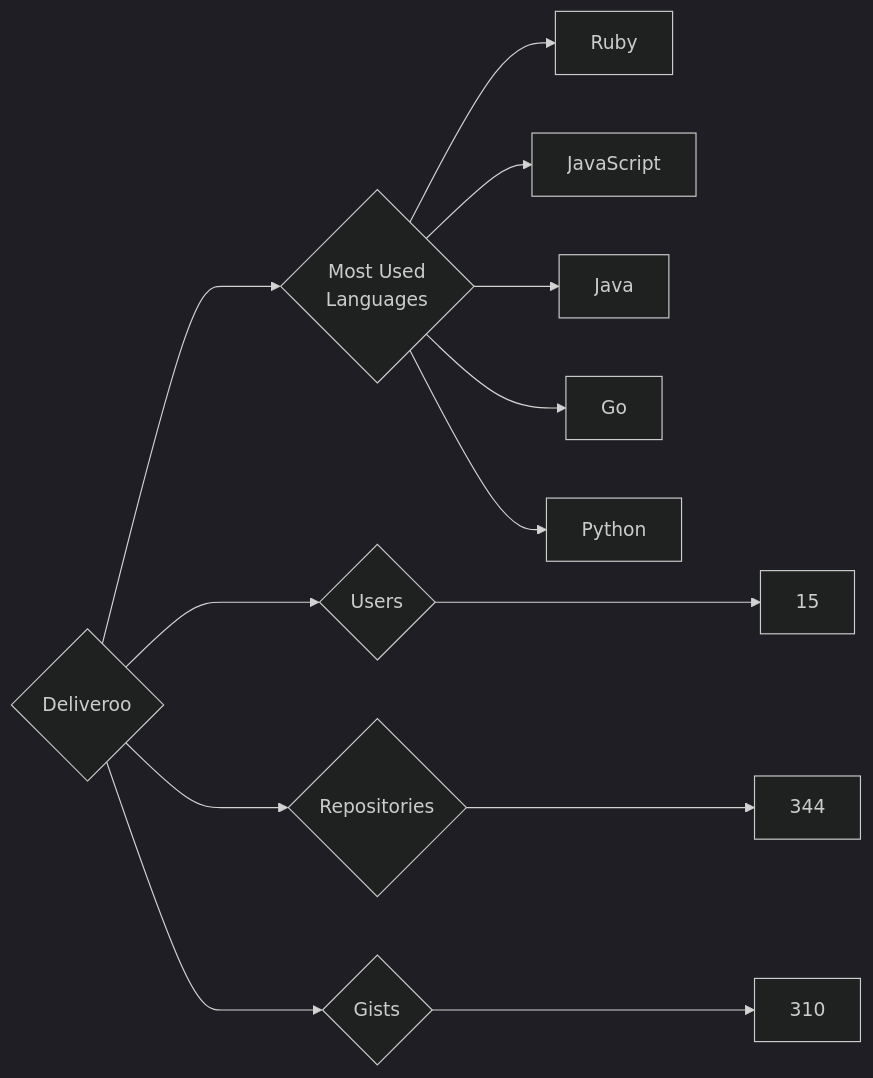
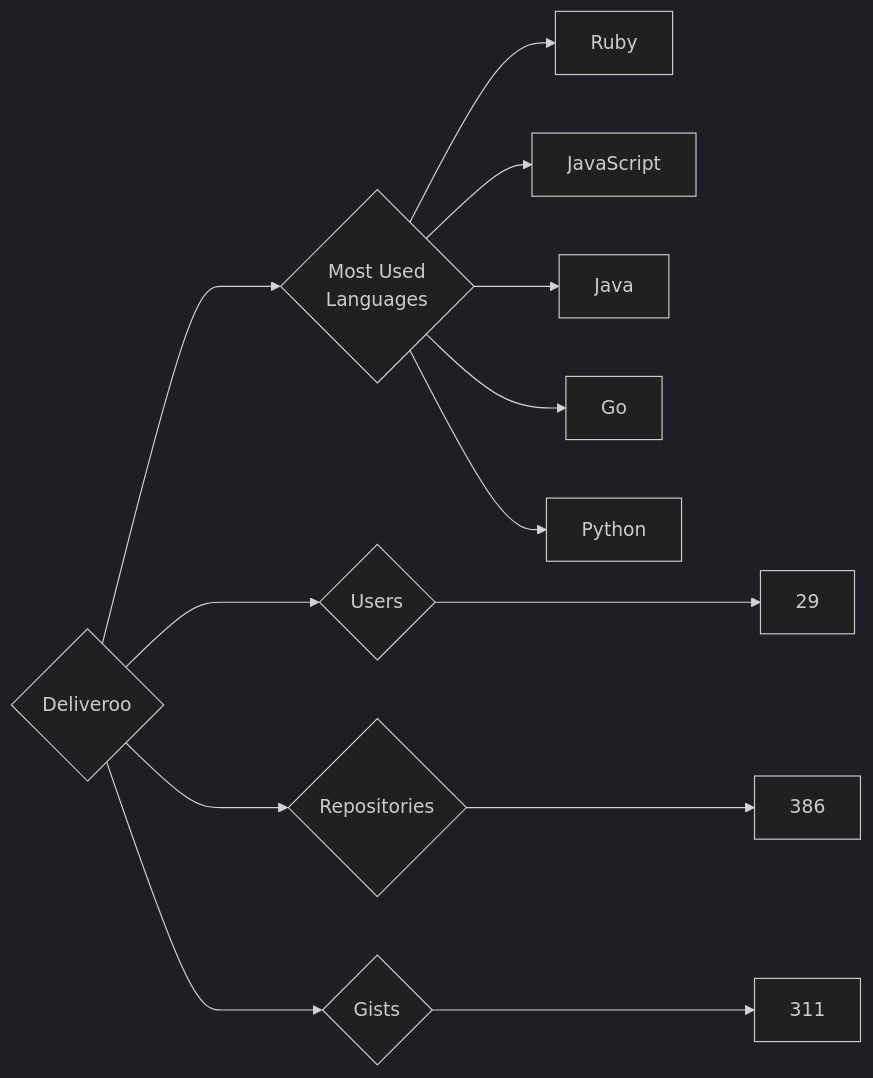
Before and after one commit to trickest/insiders: the diagram in targets/Deliveroo/README.md, drawn with Mermaid (dark theme). The commit also changed 693 other files, not shown here.

````diff
--- a/targets/Deliveroo/README.md
+++ b/targets/Deliveroo/README.md
@@ -3,13 +3,13 @@
 ```mermaid
 graph LR
 COMPANY_NAME{Deliveroo}
-COMPANY_NAME ---> U{Users} ---> UN[15]
-COMPANY_NAME ---> R{Repositories} ---> RN[344]
-COMPANY_NAME ---> G{Gists} ---> GN[310]
+COMPANY_NAME ---> U{Users} ---> UN[29]
+COMPANY_NAME ---> R{Repositories} ---> RN[386]
+COMPANY_NAME ---> G{Gists} ---> GN[311]
 COMPANY_NAME ---> ML{Most Used<br>Languages}
 ML --> Ruby[Ruby]
 ML --> JavaScript[JavaScript]
 ML --> Java[Java]
 ML --> Go[Go]
 ML --> Python[Python]
 ```
````
